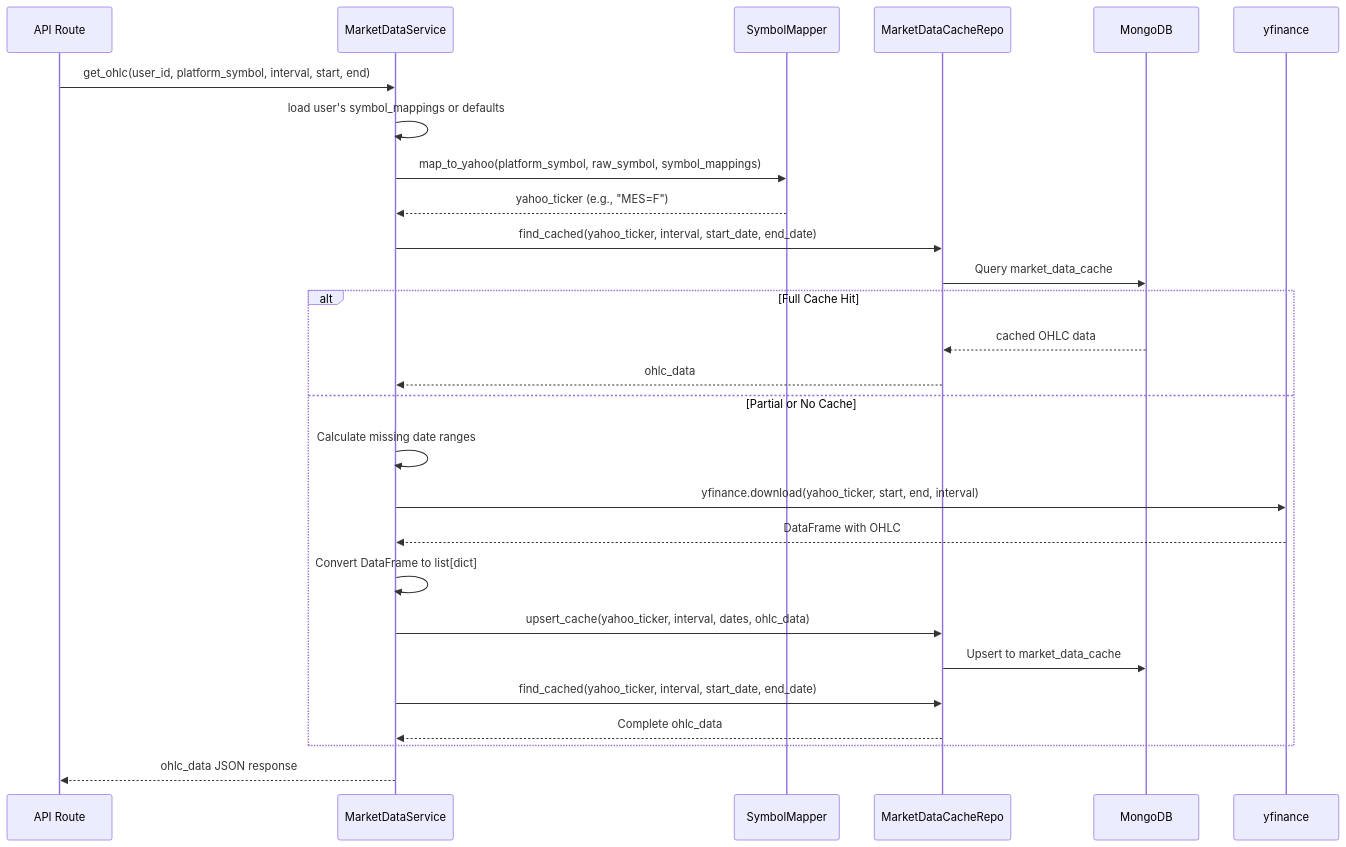
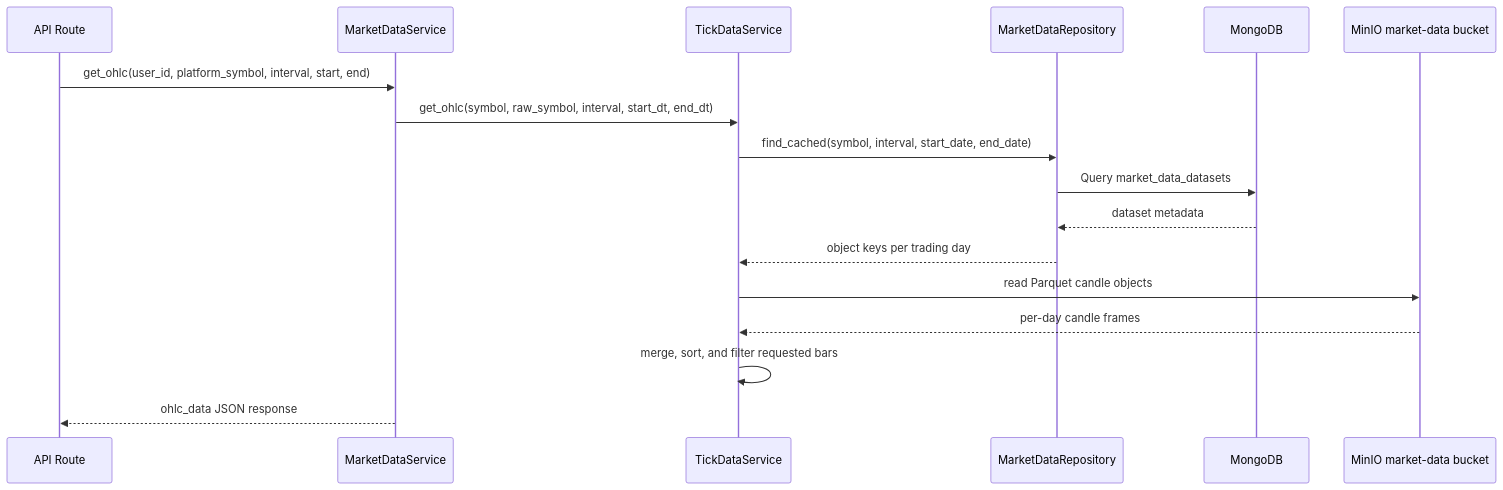
One commit to diridevelops/JanusEdge changed the sixth of 7 diagrams in docs/architecture/backend.md. Above: the diagram before and after it, drawn with Mermaid. The commit also changed other lines of this file and 60 other files, not shown here.

Commit message:
Import market data from NinjaTrader history export

````diff
--- a/docs/architecture/backend.md
+++ b/docs/architecture/backend.md
@@ -422,33 +443,21 @@
 ```mermaid
 sequenceDiagram
 	participant Route as API Route
 	participant Service as MarketDataService
-	participant Mapper as SymbolMapper
-	participant Repo as MarketDataCacheRepo
+	participant TickSvc as TickDataService
+	participant Repo as MarketDataRepository
 	participant DB as MongoDB
-	participant YF as yfinance
+	participant Bucket as MinIO market-data bucket
 
 	Route->>Service: get_ohlc(user_id, platform_symbol, interval, start, end)
-	Service->>Service: load user's symbol_mappings or defaults
-	Service->>Mapper: map_to_yahoo(platform_symbol, raw_symbol, symbol_mappings)
-	Mapper-->>Service: yahoo_ticker (e.g., "MES=F")
-    
-	Service->>Repo: find_cached(yahoo_ticker, interval, start_date, end_date)
-	Repo->>DB: Query market_data_cache
-    
-	alt Full Cache Hit
-		DB-->>Repo: cached OHLC data
-		Repo-->>Service: ohlc_data
-	else Partial or No Cache
-		Service->>Service: Calculate missing date ranges
-		Service->>YF: yfinance.download(yahoo_ticker, start, end, interval)
-		YF-->>Service: DataFrame with OHLC
-		Service->>Service: Convert DataFrame to list[dict]
-		Service->>Repo: upsert_cache(yahoo_ticker, interval, dates, ohlc_data)
-		Repo->>DB: Upsert to market_data_cache
-		Service->>Repo: find_cached(yahoo_ticker, interval, start_date, end_date)
-		Repo-->>Service: Complete ohlc_data
-	end
+	Service->>TickSvc: get_ohlc(symbol, raw_symbol, interval, start_dt, end_dt)
+	TickSvc->>Repo: find_cached(symbol, interval, start_date, end_date)
+	Repo->>DB: Query market_data_datasets
+	DB-->>Repo: dataset metadata
+	Repo-->>TickSvc: object keys per trading day
+	TickSvc->>Bucket: read Parquet candle objects
+	Bucket-->>TickSvc: per-day candle frames
+	TickSvc->>TickSvc: merge, sort, and filter requested bars
     
 	Service-->>Route: ohlc_data JSON response
 ```
````
